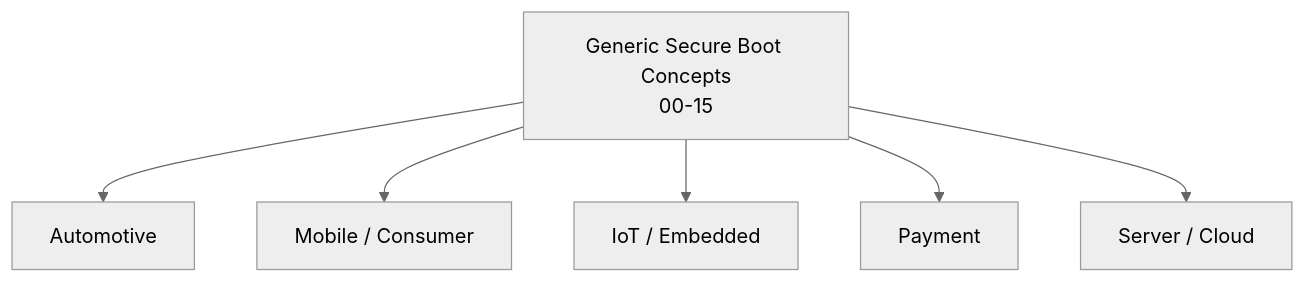
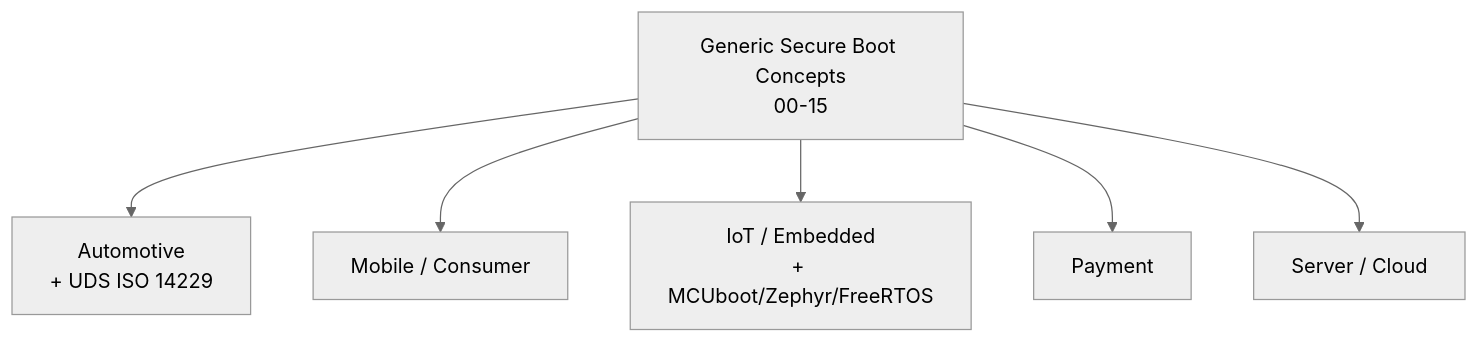
Before and after one commit to sprchuoi/securebootloader: the first of 2 diagrams in docs/16-standards-by-domain/README.md, drawn with Mermaid (neutral theme). The commit also changed other lines of this file and 6 other files, not shown here.

First line of the commit message:
Add folder 17: open-source bootloaders (U-Boot, MCUboot, Zephyr, FreeRTOS, TF-A/OP-TEE)

````diff
--- a/docs/16-standards-by-domain/README.md
+++ b/docs/16-standards-by-domain/README.md
@@ -11,8 +11,8 @@
 ```mermaid
 flowchart TD
-    Generic[Generic Secure Boot Concepts\n00-15] --> Auto[Automotive]
+    Generic[Generic Secure Boot Concepts\n00-15] --> Auto[Automotive\n+ UDS ISO 14229]
     Generic --> Mobile[Mobile / Consumer]
-    Generic --> IoT[IoT / Embedded]
+    Generic --> IoT[IoT / Embedded\n+ MCUboot/Zephyr/FreeRTOS]
     Generic --> Pay[Payment]
     Generic --> Cloud[Server / Cloud]
 ```
````
